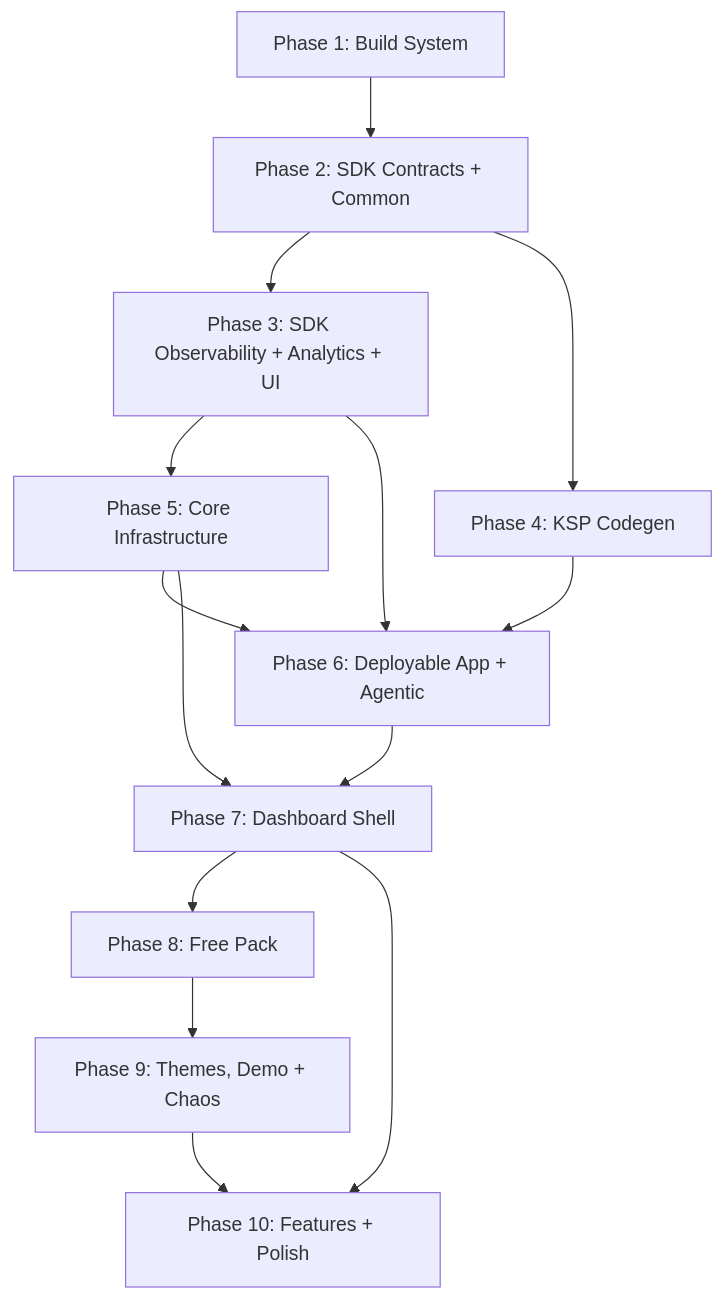
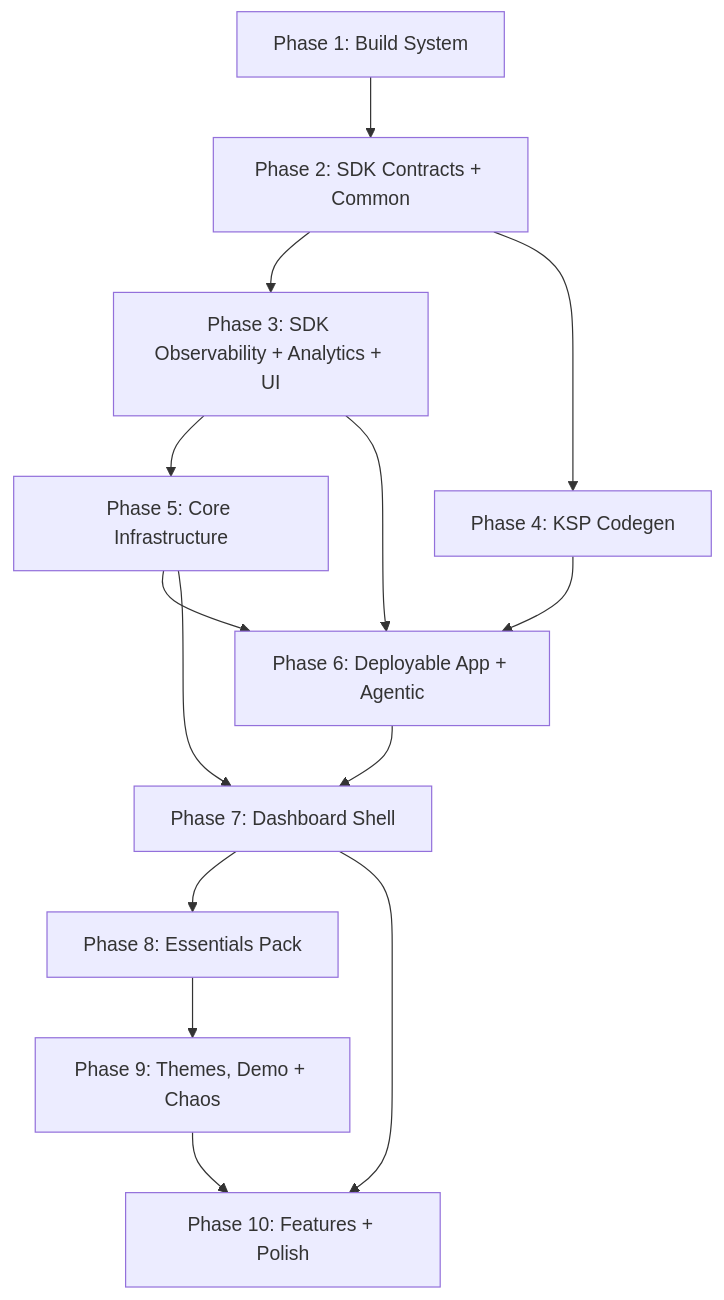
Before and after one commit to ohmgh/dqxn: the diagram in .planning/MIGRATION.md, drawn with Mermaid. The commit also changed other lines of this file and 9 other files, not shown here.

First line of the commit message:
Rename free pack to essentials: packId, module path, typeIds, provider IDs

````diff
--- a/.planning/MIGRATION.md
+++ b/.planning/MIGRATION.md
@@ -40,16 +40,16 @@
 ```mermaid
 graph TD
     P1[Phase 1: Build System] --> P2[Phase 2: SDK Contracts + Common]
     P2 --> P3[Phase 3: SDK Observability + Analytics + UI]
     P2 --> P4[Phase 4: KSP Codegen]
     P3 --> P5[Phase 5: Core Infrastructure]
     P3 --> P6[Phase 6: Deployable App + Agentic]
     P4 --> P6
     P5 --> P6
     P5 --> P7[Phase 7: Dashboard Shell]
     P6 --> P7
-    P7 --> P8[Phase 8: Free Pack]
+    P7 --> P8[Phase 8: Essentials Pack]
     P8 --> P9[Phase 9: Themes, Demo + Chaos]
     P7 --> P10[Phase 10: Features + Polish]
     P9 --> P10
 ```
````
